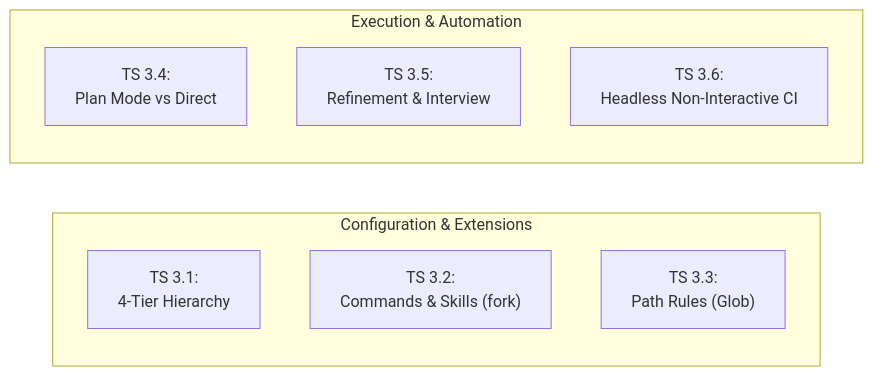
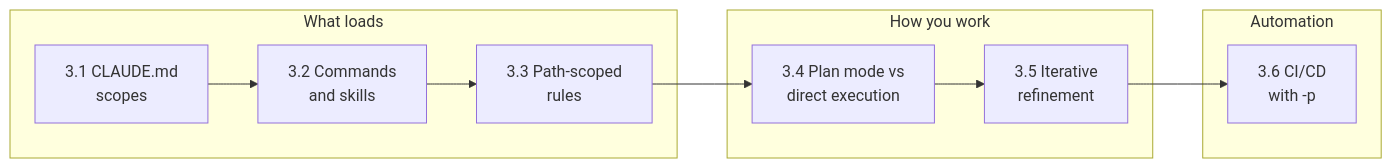
The first of 4 diagrams in domain3/KEY_CONCEPTS.md (dip4k/claude_cert_architect_foundation_prep), drawn with Mermaid before and after one commit. The commit also changed other lines of this file and 133 other files, not shown here.

````diff
--- a/domain3/KEY_CONCEPTS.md
+++ b/domain3/KEY_CONCEPTS.md
@@ -8,16 +7,16 @@
 ```mermaid
 flowchart LR
-    subgraph Config["Configuration & Extensions"]
-        direction TB
-        C1["TS 3.1:<br>4-Tier Hierarchy"]
-        C2["TS 3.2:<br>Commands & Skills (fork)"]
-        C3["TS 3.3:<br>Path Rules (Glob)"]
+    subgraph Config["What loads"]
+        T1["3.1 CLAUDE.md<br>scopes"]
+        T2["3.2 Commands<br>and skills"]
+        T3["3.3 Path-scoped<br>rules"]
     end
-
-    subgraph Exec["Execution & Automation"]
-        direction TB
-        E1["TS 3.4:<br>Plan Mode vs Direct"]
-        E2["TS 3.5:<br>Refinement & Interview"]
-        E3["TS 3.6:<br>Headless Non-Interactive CI"]
+    subgraph Work["How you work"]
+        T4["3.4 Plan mode vs<br>direct execution"]
+        T5["3.5 Iterative<br>refinement"]
     end
+    subgraph Auto["Automation"]
+        T6["3.6 CI/CD<br>with -p"]
+    end
+    T1 --> T2 --> T3 --> T4 --> T5 --> T6
 ```
````
